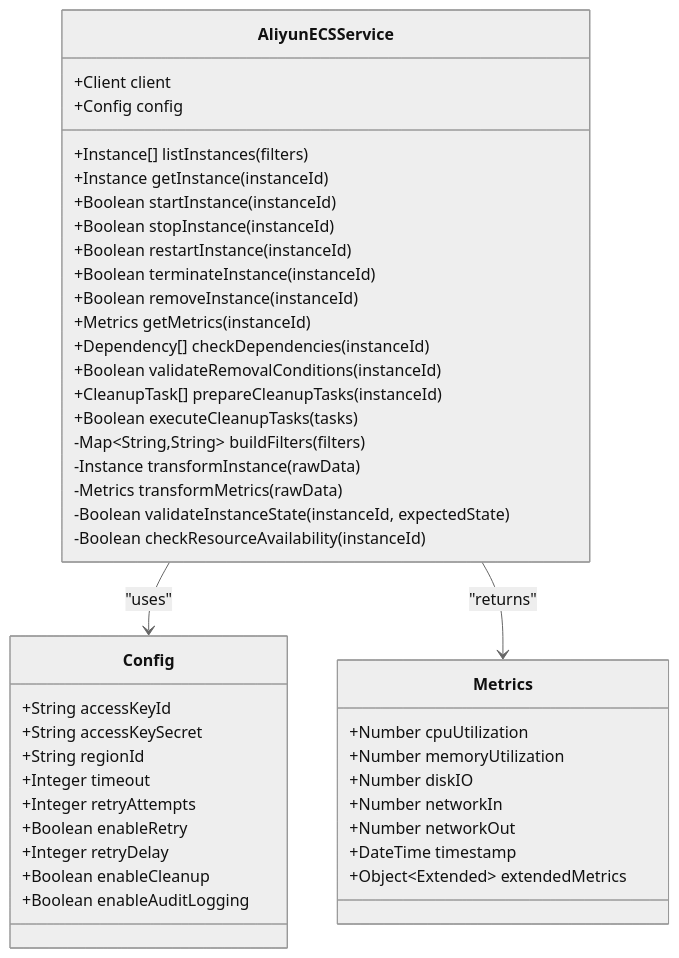
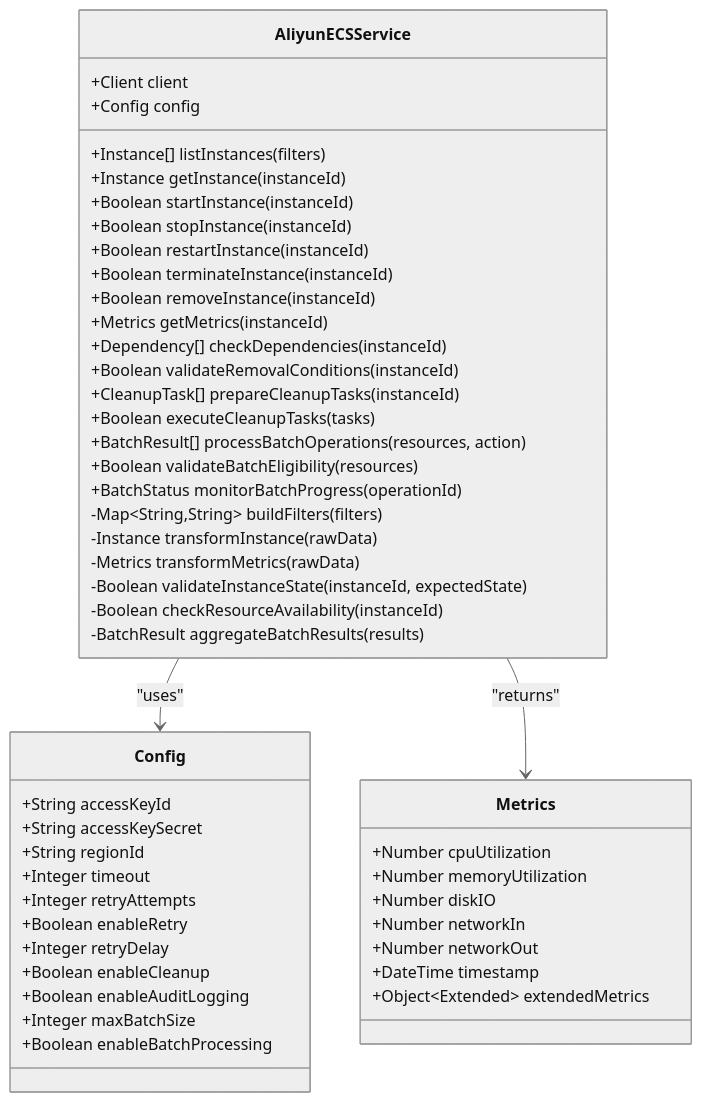
The fifth of 6 diagrams in .qoder/repowiki/en/content/Frontend Development/Page Components & Routing/Active Resource Monitoring.md (14Lucifer/hackathon_ecs_creator), drawn with Mermaid (neutral theme) before and after one commit. The commit also changed other lines of this file and 96 other files, not shown here.

````diff
--- a/.qoder/repowiki/en/content/Frontend Development/Page Components & Routing/Active Resource Monitoring.md
+++ b/.qoder/repowiki/en/content/Frontend Development/Page Components & Routing/Active Resource Monitoring.md
@@ -307,46 +325,52 @@
 ```mermaid
 classDiagram
 class AliyunECSService {
 +Client client
 +Config config
 +Instance[] listInstances(filters)
 +Instance getInstance(instanceId)
 +Boolean startInstance(instanceId)
 +Boolean stopInstance(instanceId)
 +Boolean restartInstance(instanceId)
 +Boolean terminateInstance(instanceId)
 +Boolean removeInstance(instanceId)
 +Metrics getMetrics(instanceId)
 +Dependency[] checkDependencies(instanceId)
 +Boolean validateRemovalConditions(instanceId)
 +CleanupTask[] prepareCleanupTasks(instanceId)
 +Boolean executeCleanupTasks(tasks)
++BatchResult[] processBatchOperations(resources, action)
++Boolean validateBatchEligibility(resources)
++BatchStatus monitorBatchProgress(operationId)
 -Map~String,String~ buildFilters(filters)
 -Instance transformInstance(rawData)
 -Metrics transformMetrics(rawData)
 -Boolean validateInstanceState(instanceId, expectedState)
 -Boolean checkResourceAvailability(instanceId)
+-BatchResult aggregateBatchResults(results)
 }
 class Config {
 +String accessKeyId
 +String accessKeySecret
 +String regionId
 +Integer timeout
 +Integer retryAttempts
 +Boolean enableRetry
 +Integer retryDelay
 +Boolean enableCleanup
 +Boolean enableAuditLogging
++Integer maxBatchSize
++Boolean enableBatchProcessing
 }
 class Metrics {
 +Number cpuUtilization
 +Number memoryUtilization
 +Number diskIO
 +Number networkIn
 +Number networkOut
 +DateTime timestamp
 +Object~Extended~ extendedMetrics
 }
 AliyunECSService --> Config : "uses"
 AliyunECSService --> Metrics : "returns"
 ```
````
